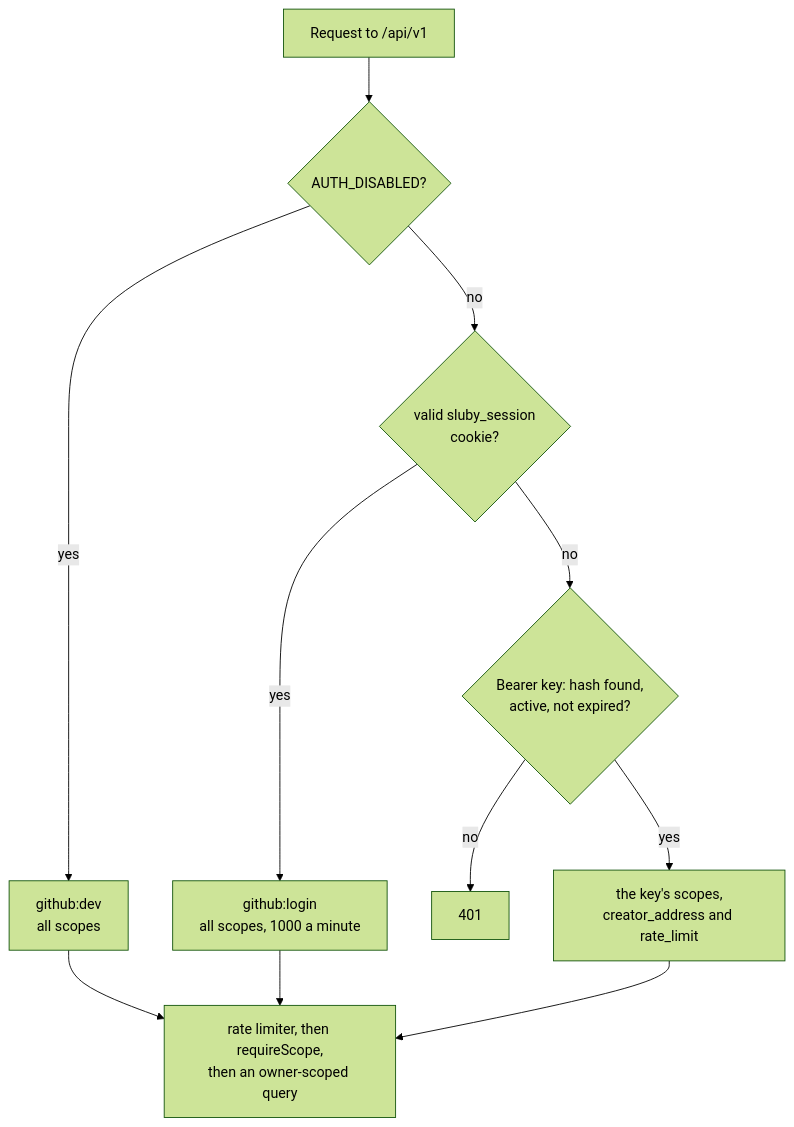
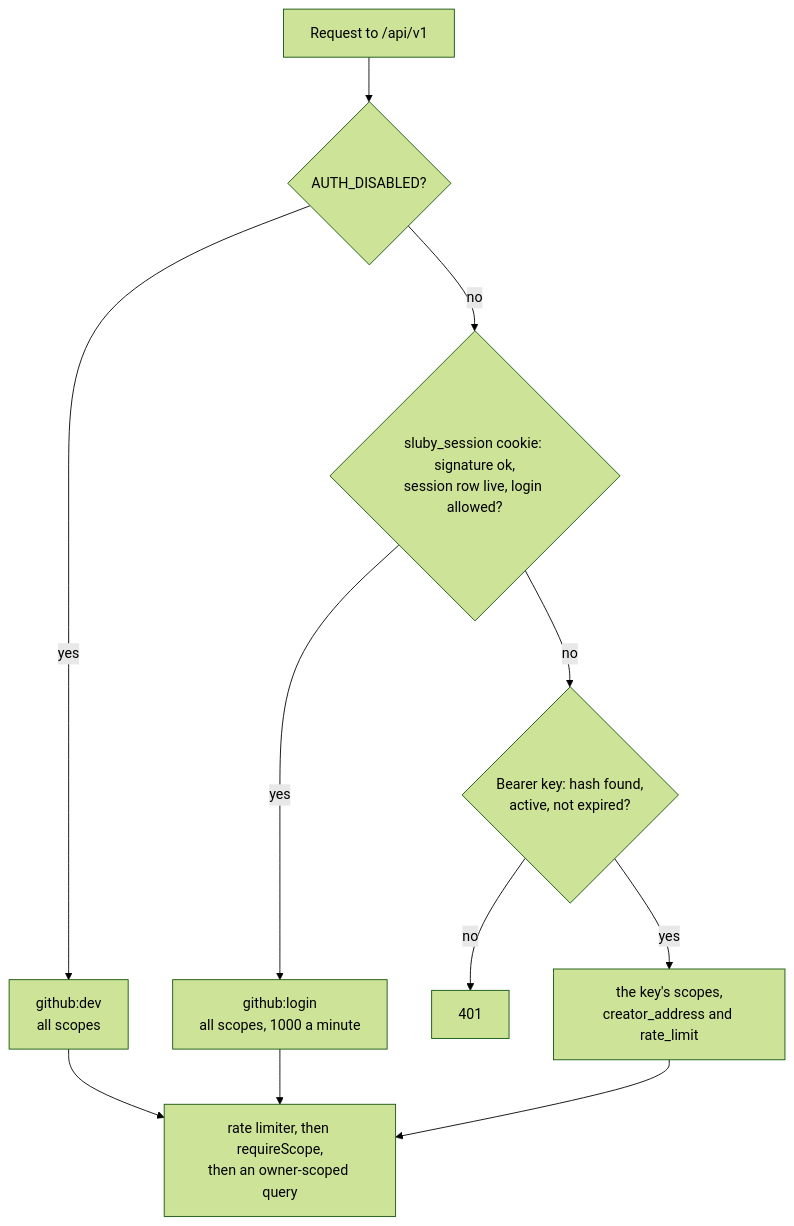
One commit to justmert/Sluby changed the diagram in docs/architecture/auth-and-tenancy.md. Above: the diagram before and after it, drawn with Mermaid (forest theme). The commit also changed other lines of this file and 24 other files, not shown here.

````diff
--- a/docs/architecture/auth-and-tenancy.md
+++ b/docs/architecture/auth-and-tenancy.md
@@ -7,13 +7,13 @@
 ```mermaid
 flowchart TB
   req[Request to /api/v1] --> dis{AUTH_DISABLED?}
   dis -- yes --> dev["github:dev<br/>all scopes"]
-  dis -- no --> cookie{"valid sluby_session<br/>cookie?"}
+  dis -- no --> cookie{"sluby_session cookie: signature ok,<br/>session row live, login allowed?"}
   cookie -- yes --> gh["github:login<br/>all scopes, 1000 a minute"]
   cookie -- no --> bearer{"Bearer key: hash found,<br/>active, not expired?"}
   bearer -- no --> e401[401]
   bearer -- yes --> key["the key's scopes,<br/>creator_address and rate_limit"]
   dev --> route["rate limiter, then requireScope,<br/>then an owner-scoped query"]
   gh --> route
   key --> route
 ```
````
